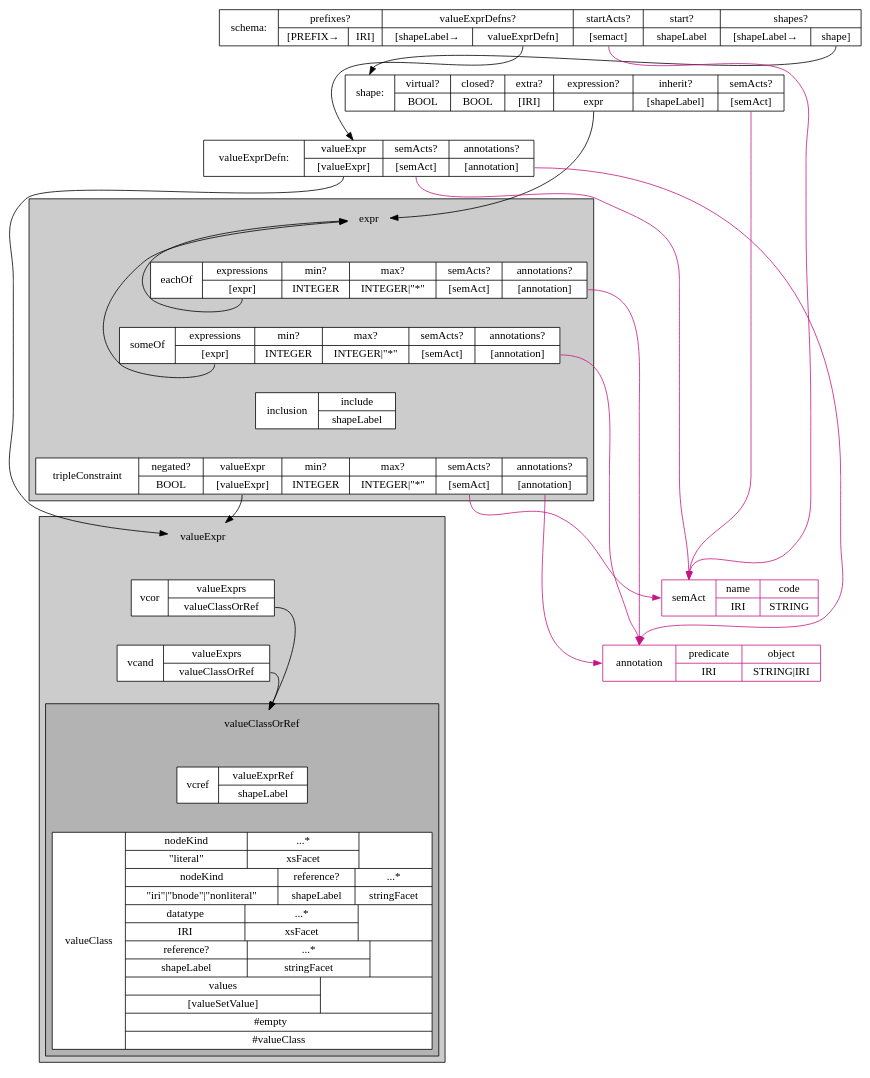
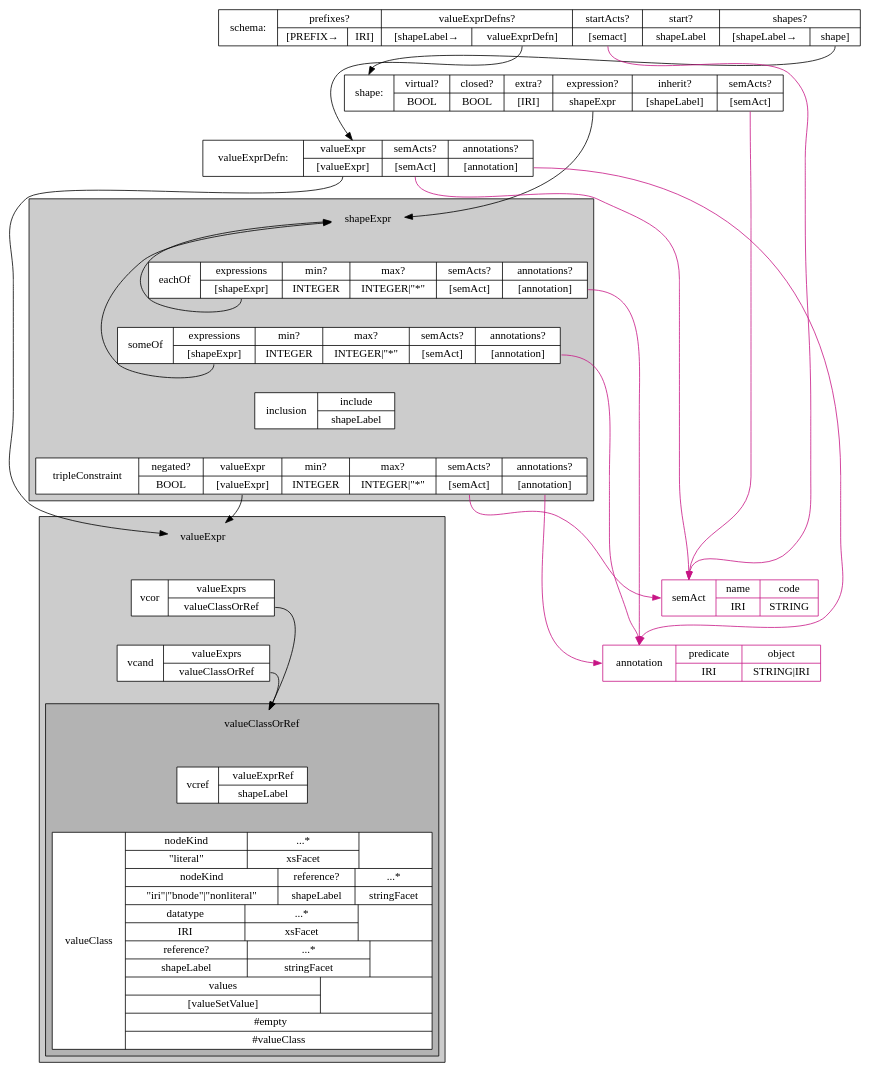
The diagram in ShExJgrammar-diagram.dot (shexSpec/primer), drawn with Graphviz before and after one commit. The commit also changed 1 other file, not shown here.

Commit message:
~ s/expr/shapeExpr/

```diff
--- a/ShExJgrammar-diagram.dot
+++ b/ShExJgrammar-diagram.dot
@@ -1,69 +1,69 @@
 digraph structs {
 	graph [rankdir = "TB"];
 	node [shape=record];
 	schema [label="<schema> schema:|{<prefixes> prefixes?|{[PREFIX→|IRI]}}|{<valueExprDefns> valueExprDefns?|{<shapeLabel> [shapeLabel→|<valueExprDefn> valueExprDefn]}}|{<startActs> startActs?|<semAct> [semact]}|{<start> start?|<shapeLabel> shapeLabel}|{<shapes> shapes?|{<shapeLabel> [shapeLabel→|<shape> shape]}}}"];
-	shape [label="<shape> shape:|{<virtual> virtual?|<BOOL> BOOL}|{<closed> closed?|<BOOL> BOOL}|{<extra> extra?|<IRI> [IRI]}|{<expression> expression?|<expr> expr}|{<inherit> inherit?|<shapeLabel> [shapeLabel]}|{<semActs> semActs?|<semAct> [semAct]}"];
+	shape [label="<shape> shape:|{<virtual> virtual?|<BOOL> BOOL}|{<closed> closed?|<BOOL> BOOL}|{<extra> extra?|<IRI> [IRI]}|{<expression> expression?|<shapeExpr> shapeExpr}|{<inherit> inherit?|<shapeLabel> [shapeLabel]}|{<semActs> semActs?|<semAct> [semAct]}"];
 
- 	subgraph cluster_expr {
+ 	subgraph cluster_shapeExpr {
 		graph [label="", style=filled, fillcolor=gray80];
-		expr [shape=none];
-		eachOf [label="{{<eachOf> eachOf|{<expressions> expressions|<expr> [expr]}|{<min> min?|<INTEGER> INTEGER}|{<max> max?|<INTEGER> INTEGER\|\"*\"}|{<semActs> semActs?|<semAct> [semAct]}|{<annotations> annotations?|<annotation> [annotation]}}}", style=filled, fillcolor=white];
-		someOf [label="{{<someOf> someOf|{<expressions> expressions|<expr> [expr]}|{<min> min?|<INTEGER> INTEGER}|{<max> max?|<INTEGER> INTEGER\|\"*\"}|{<semActs> semActs?|<semAct> [semAct]}|{<annotations> annotations?|<annotation> [annotation]}}}", style=filled, fillcolor=white];
+		shapeExpr [shape=none];
+		eachOf [label="{{<eachOf> eachOf|{<expressions> expressions|<shapeExpr> [shapeExpr]}|{<min> min?|<INTEGER> INTEGER}|{<max> max?|<INTEGER> INTEGER\|\"*\"}|{<semActs> semActs?|<semAct> [semAct]}|{<annotations> annotations?|<annotation> [annotation]}}}", style=filled, fillcolor=white];
+		someOf [label="{{<someOf> someOf|{<expressions> expressions|<shapeExpr> [shapeExpr]}|{<min> min?|<INTEGER> INTEGER}|{<max> max?|<INTEGER> INTEGER\|\"*\"}|{<semActs> semActs?|<semAct> [semAct]}|{<annotations> annotations?|<annotation> [annotation]}}}", style=filled, fillcolor=white];
 		inclusion [label="{{<inclusion> inclusion|{<include> include|<shapeLabel> shapeLabel}}}", style=filled, fillcolor=white];
 		tripleConstraint [label="{{<tripleConstraint> tripleConstraint|{<negated> negated?|<BOOL> BOOL}|{<valueExprs> valueExpr|<valueExpr> [valueExpr]}|{<min> min?|<INTEGER> INTEGER}|{<max> max?|<INTEGER> INTEGER\|\"*\"}|{<semActs> semActs?|<semAct> [semAct]}|{<annotations> annotations?|<annotation> [annotation]}}}", style=filled, fillcolor=white];
-		expr -> eachOf -> someOf -> inclusion -> tripleConstraint [color=invis];
+		shapeExpr -> eachOf -> someOf -> inclusion -> tripleConstraint [color=invis];
 		
 	}
 
  	subgraph cluster_valueExpr {
 		graph [label="", style=filled, fillcolor=gray80];
 		valueExpr [shape=none];
  		subgraph cluster_valueClassOrRef {
 			graph [label="", style=filled, fillcolor=gray70];
 			valueClassOrRef [shape=none];
 			valueClass [label="valueClass|{{{<nodeKind> nodeKind|{<literal> \"literal\"}}|{...*|{<xsFacet> xsFacet}}| }|{{<nodeKind> nodeKind|{<literal> \"iri\"\|\"bnode\"\|\"nonliteral\"}}|{reference?|{<shapeLabel> shapeLabel}}|{...*|{<stringFacet> stringFacet}}}|{{<datatype> datatype|{<IRI> IRI}}|{...*|{<xsFacet> xsFacet}}| }|{{reference?|{<shapeLabel> shapeLabel}}|{...*|{<stringFacet> stringFacet}}| }|{{values|{<valueSetValue> [valueSetValue]}}| }|{{#empty      |#valueClass}}}", style=filled, fillcolor=white];
 			vcref [label="{{<vcref> vcref|{<valueExprRef> valueExprRef|<shapeLabel> shapeLabel}}}", style=filled, fillcolor=white];
 			valueClassOrRef -> vcref -> valueClass [color=invis];
 		}
 		vcor [label="{{<vcor> vcor|{<valueExprs> valueExprs|<valueClassOrRef> valueClassOrRef}}}", style=filled, fillcolor=white];
 		vcand [label="{{<vcand> vcand|{<valueExprs> valueExprs|<valueClassOrRef> valueClassOrRef}}}", style=filled, fillcolor=white];
 		valueExpr -> vcor -> vcand -> vcref -> valueClass [color=invis];
 		
 	}
 
 	valueExprDefn [label="<valueExprDefn> valueExprDefn:|{<l_valueExpr> valueExpr|<valueExpr> [valueExpr]}|{<semActs> semActs?|<semAct> [semAct]}|{<annotations> annotations?|<annotation> [annotation]}"];
 
-	schema:schema -> shape:shape -> valueExprDefn ->expr [color=invis];
+	schema:schema -> shape:shape -> valueExprDefn ->shapeExpr [color=invis];
 
-	shape:expr  -> expr;
-	eachOf:expr -> expr;
-	someOf:expr -> expr;
+	shape:shapeExpr  -> shapeExpr;
+	eachOf:shapeExpr -> shapeExpr;
+	someOf:shapeExpr -> shapeExpr;
 	schema:shape -> shape:shape;
 
 	schema:valueExprDefn -> valueExprDefn;
 	valueExprDefn:valueExpr -> valueExpr;
 	tripleConstraint:valueExpr -> valueExpr;
 	vcor:valueClassOrRef -> valueClassOrRef;
 	vcand:valueClassOrRef -> valueClassOrRef;
 
 
 	pushSemActDown [shape = none,label="",width=0, height=0];
 	semAct [label="<semAct> semAct|{<name> name|<IRI> IRI}|{<code> code|<STRING> STRING}", color=mediumvioletred];
 	annotation [label="<annotation> annotation|{<predicate> predicate|<IRI> IRI}|{<object> object|<STRING> STRING\|IRI}", color=mediumvioletred];
 	schema:shape -> pushSemActDown -> semAct:STRING -> annotation [color=invis];
 	tripleConstraint:annotation -> pushSemActDown [color=invis];
 
 	valueExprDefn:semAct -> semAct:semAct [color=mediumvioletred];
 	schema:semAct -> semAct:semAct [color=mediumvioletred];
 	shape:semAct  -> semAct:semAct [color=mediumvioletred];
 	// eachOf:semAct  -> semAct:semAct [color=mediumvioletred]; // screws up layout
 	// someOf:semAct  -> semAct:semAct [color=mediumvioletred];
 	tripleConstraint:semAct -> semAct:semAct [color=mediumvioletred];
 
 	valueExprDefn:annotation -> annotation:annotation [color=mediumvioletred];
 	eachOf:annotation  -> annotation:annotation [color=mediumvioletred];
 	someOf:annotation  -> annotation:annotation [color=mediumvioletred];
 	tripleConstraint:annotation -> annotation:annotation [color=mediumvioletred];
 
 	//{rank=same; valueClass:stringFacet pushSemActDown}
 }
```
